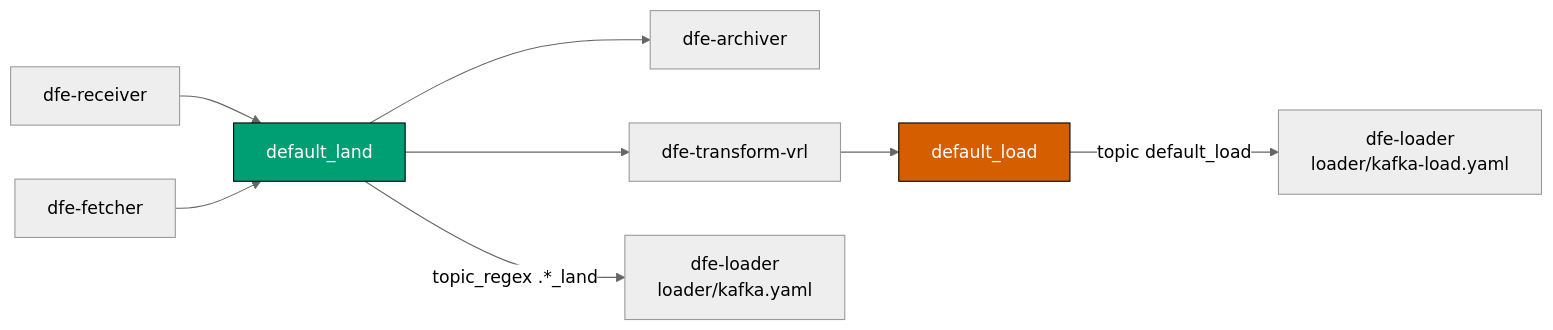
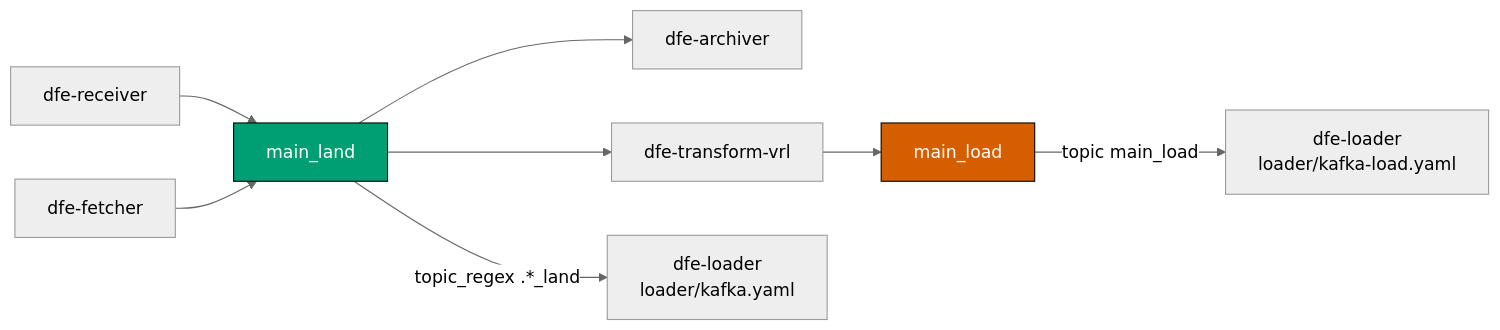
One commit to hyperi-io/dfe-docker changed the first of 2 diagrams in docs/troubleshooting.md. Above: the diagram before and after it, drawn with Mermaid (neutral theme). The commit also changed other lines of this file and 31 other files, not shown here.

````diff
--- a/docs/troubleshooting.md
+++ b/docs/troubleshooting.md
@@ -85,15 +85,15 @@
 ```mermaid
 flowchart LR
-    recv["dfe-receiver"] --> land["default_land"]
+    recv["dfe-receiver"] --> land["main_land"]
     fetch["dfe-fetcher"] --> land
     land --> arch["dfe-archiver"]
     land --> vrl["dfe-transform-vrl"]
     land -->|topic_regex .*_land| ldr1["dfe-loader<br/>loader/kafka.yaml"]
-    vrl --> load["default_load"]
-    load -->|topic default_load| ldr2["dfe-loader<br/>loader/kafka-load.yaml"]
+    vrl --> load["main_load"]
+    load -->|topic main_load| ldr2["dfe-loader<br/>loader/kafka-load.yaml"]
 
     classDef made fill:#009E73,color:#ffffff,stroke:#000000
     classDef notmade fill:#D55E00,color:#ffffff,stroke:#000000
     class land made
     class load notmade
 ```
````
